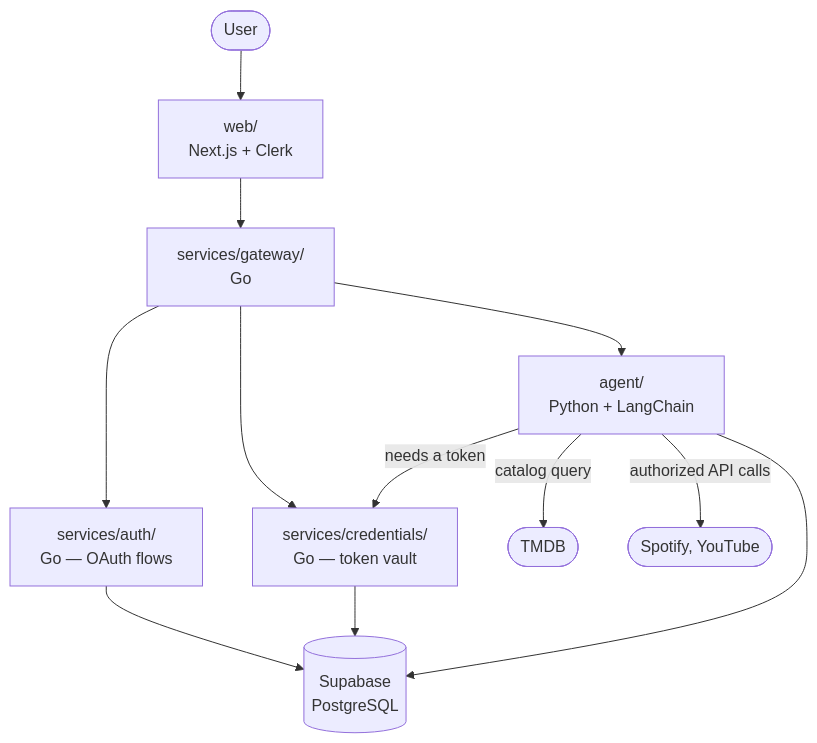
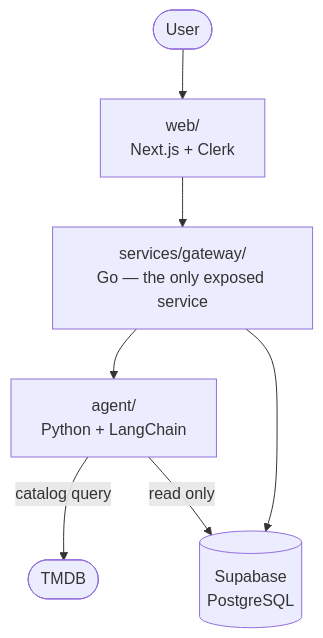
Before and after one commit to Skye967/holster: the diagram in README.md, drawn with Mermaid. The commit also changed other lines of this file and 8 other files, not shown here.

First line of the commit message:
Cut OAuth and the credential architecture

````diff
--- a/README.md
+++ b/README.md
@@ -39,14 +37,9 @@
 ```mermaid
 flowchart TD
     U([User]) --> W["web/<br/>Next.js + Clerk"]
-    W --> G["services/gateway/<br/>Go"]
-    G --> A["services/auth/<br/>Go — OAuth flows"]
-    G --> C["services/credentials/<br/>Go — token vault"]
+    W --> G["services/gateway/<br/>Go — the only exposed service"]
     G --> AG["agent/<br/>Python + LangChain"]
+    G --> DB[("Supabase<br/>PostgreSQL")]
     AG -->|"catalog query"| TMDB([TMDB])
-    AG -->|"needs a token"| C
-    AG -->|"authorized API calls"| EXT([Spotify, YouTube])
-    A --> DB[("Supabase<br/>PostgreSQL")]
-    C --> DB
-    AG --> DB
+    AG -->|"read only"| DB
 ```
````
